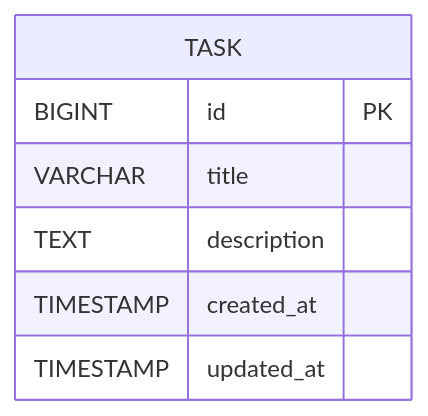
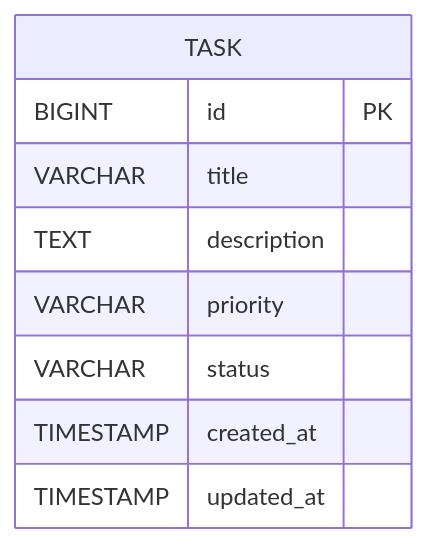
Before and after one commit to ThapaswiASC/SCIB-INCEPTION-PHASE-DEMO: the diagram in lld/lld_DEMO-759.md, drawn with Mermaid. The commit also changed other lines of this file, not shown here.

````diff
--- a/lld/lld_DEMO-759.md
+++ b/lld/lld_DEMO-759.md
@@ -294,10 +442,12 @@
 ```mermaid
 erDiagram
     TASK {
         BIGINT id PK
         VARCHAR title
         TEXT description
+        VARCHAR priority
+        VARCHAR status
         TIMESTAMP created_at
         TIMESTAMP updated_at
     }
 ```
````
